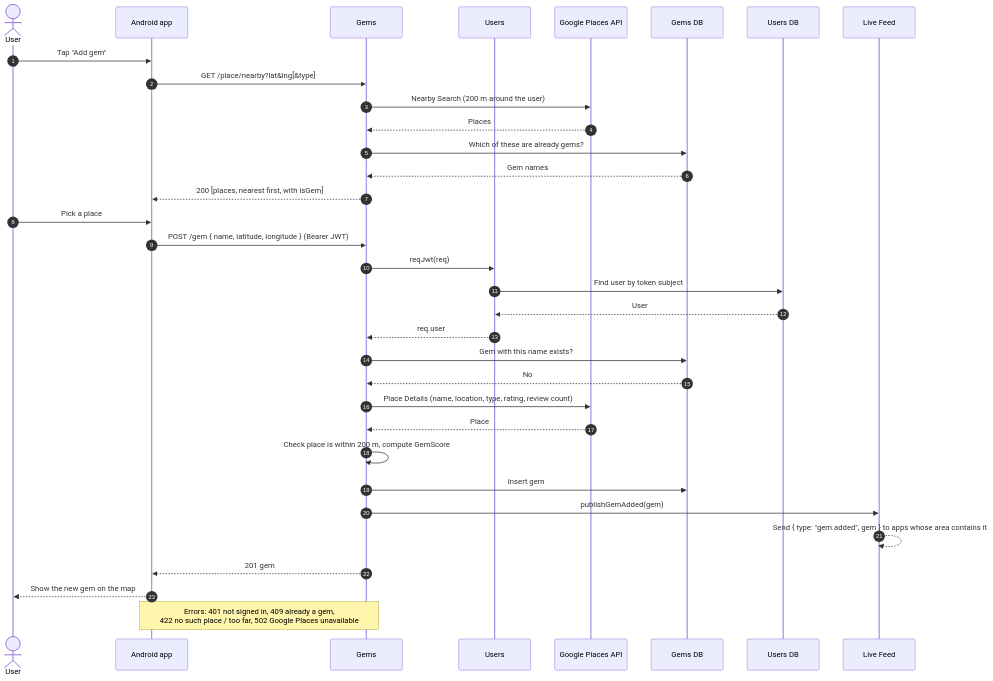
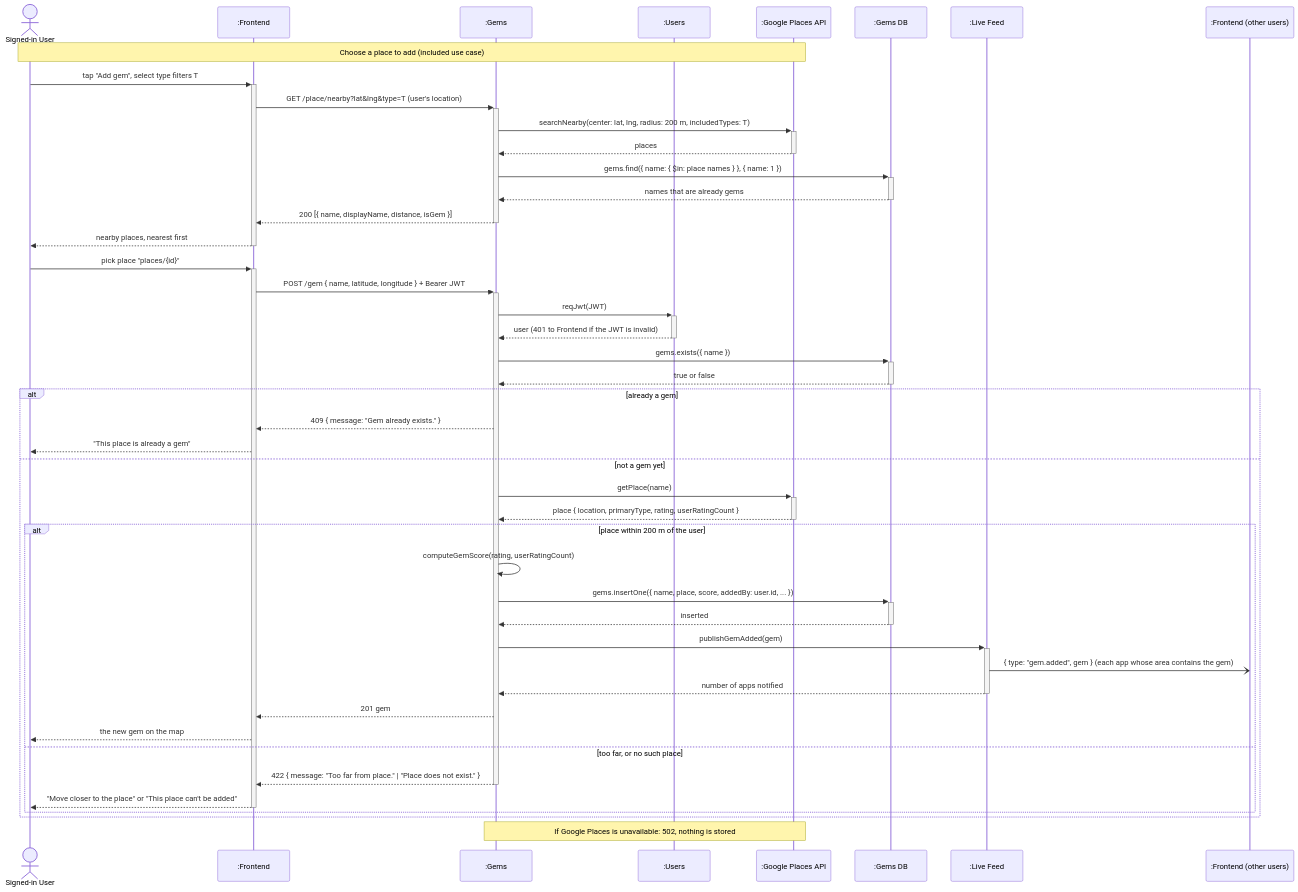
The diagram in documentation/diagrams/uc2_add_a_gem.mmd (ubc-cpen-321-excavator/excavator), drawn with Mermaid before and after one commit. The commit also changed 12 other files, not shown here.

Commit message:
docs: redo dependency and sequence diagrams to course conventions

```diff
--- a/documentation/diagrams/uc2_add_a_gem.mmd
+++ b/documentation/diagrams/uc2_add_a_gem.mmd
@@ -1,35 +1,47 @@
 sequenceDiagram
-  autonumber
-  actor U as User
-  participant App as Android app
-  participant Gems
-  participant Users
-  participant P as Google Places API
-  participant GDB as Gems DB
-  participant UDB as Users DB
-  participant Feed as Live Feed
+  actor U as Signed-in User
+  participant F as :Frontend
+  participant G as :Gems
+  participant US as :Users
+  participant P as :Google Places API
+  participant GDB as :Gems DB
+  participant LF as :Live Feed
+  participant OF as :Frontend (other users)
 
-  U->>App: Tap "Add gem"
-  App->>Gems: GET /place/nearby?lat&lng[&type]
-  Gems->>P: Nearby Search (200 m around the user)
-  P-->>Gems: Places
-  Gems->>GDB: Which of these are already gems?
-  GDB-->>Gems: Gem names
-  Gems-->>App: 200 [places, nearest first, with isGem]
-  U->>App: Pick a place
-  App->>Gems: POST /gem { name, latitude, longitude } (Bearer JWT)
-  Gems->>Users: reqJwt(req)
-  Users->>UDB: Find user by token subject
-  UDB-->>Users: User
-  Users-->>Gems: req.user
-  Gems->>GDB: Gem with this name exists?
-  GDB-->>Gems: No
-  Gems->>P: Place Details (name, location, type, rating, review count)
-  P-->>Gems: Place
-  Gems->>Gems: Check place is within 200 m, compute GemScore
-  Gems->>GDB: Insert gem
-  Gems->>Feed: publishGemAdded(gem)
-  Feed-->>Feed: Send { type: "gem.added", gem } to apps whose area contains it
-  Gems-->>App: 201 gem
-  App-->>U: Show the new gem on the map
-  Note over Gems,App: Errors: 401 not signed in, 409 already a gem,<br/>422 no such place / too far, 502 Google Places unavailable
+  Note over U,P: Choose a place to add (included use case)
+  U->>+F: tap "Add gem", select type filters T
+  F->>+G: GET /place/nearby?lat&lng&type=T (user's location)
+  G->>+P: searchNearby(center: lat, lng, radius: 200 m, includedTypes: T)
+  P-->>-G: places
+  G->>+GDB: gems.find({ name: { $in: place names } }, { name: 1 })
+  GDB-->>-G: names that are already gems
+  G-->>-F: 200 [{ name, displayName, distance, isGem }]
+  F-->>-U: nearby places, nearest first
+
+  U->>+F: pick place "places/{id}"
+  F->>+G: POST /gem { name, latitude, longitude } + Bearer JWT
+  G->>+US: reqJwt(JWT)
+  US-->>-G: user (401 to Frontend if the JWT is invalid)
+  G->>+GDB: gems.exists({ name })
+  GDB-->>-G: true or false
+  alt already a gem
+    G-->>F: 409 { message: "Gem already exists." }
+    F-->>U: "This place is already a gem"
+  else not a gem yet
+    G->>+P: getPlace(name)
+    P-->>-G: place { location, primaryType, rating, userRatingCount }
+    alt place within 200 m of the user
+      G->>G: computeGemScore(rating, userRatingCount)
+      G->>+GDB: gems.insertOne({ name, place, score, addedBy: user.id, ... })
+      GDB-->>-G: inserted
+      G->>+LF: publishGemAdded(gem)
+      LF-)OF: { type: "gem.added", gem } (each app whose area contains the gem)
+      LF-->>-G: number of apps notified
+      G-->>F: 201 gem
+      F-->>U: the new gem on the map
+    else too far, or no such place
+      G-->>-F: 422 { message: "Too far from place." | "Place does not exist." }
+      F-->>-U: "Move closer to the place" or "This place can't be added"
+    end
+  end
+  Note over G,P: If Google Places is unavailable: 502, nothing is stored
```
